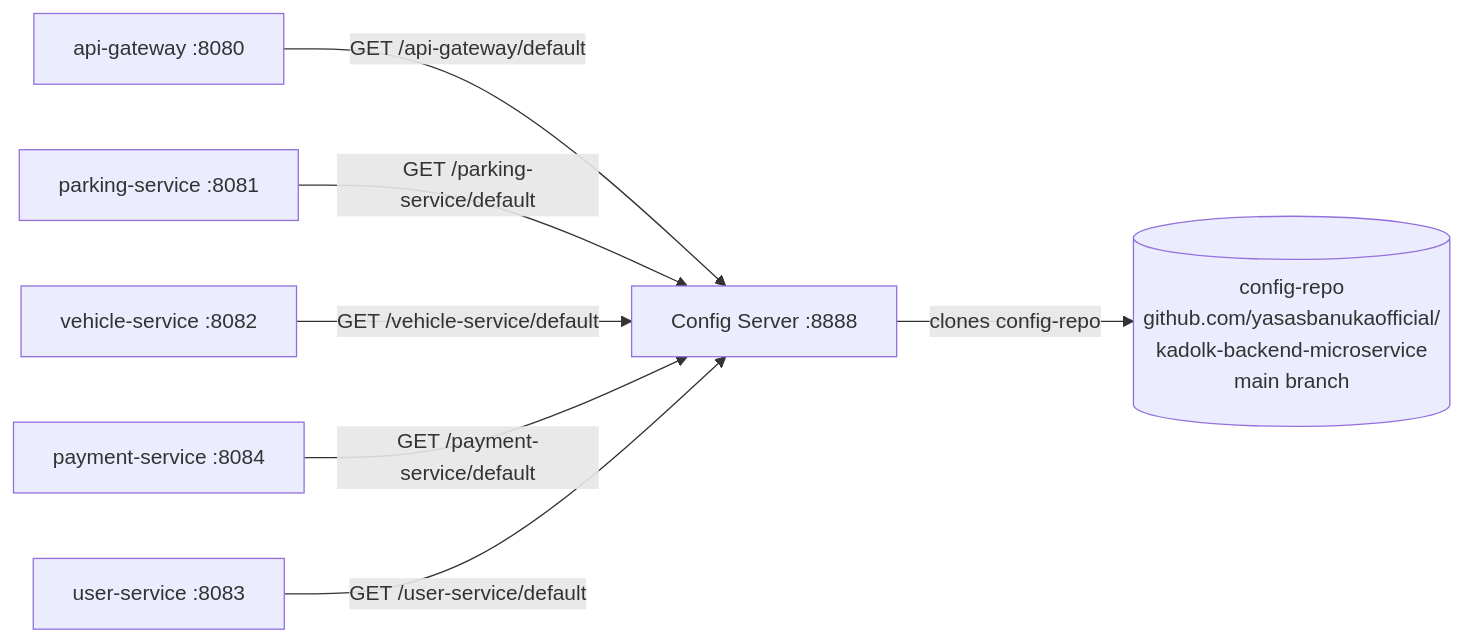
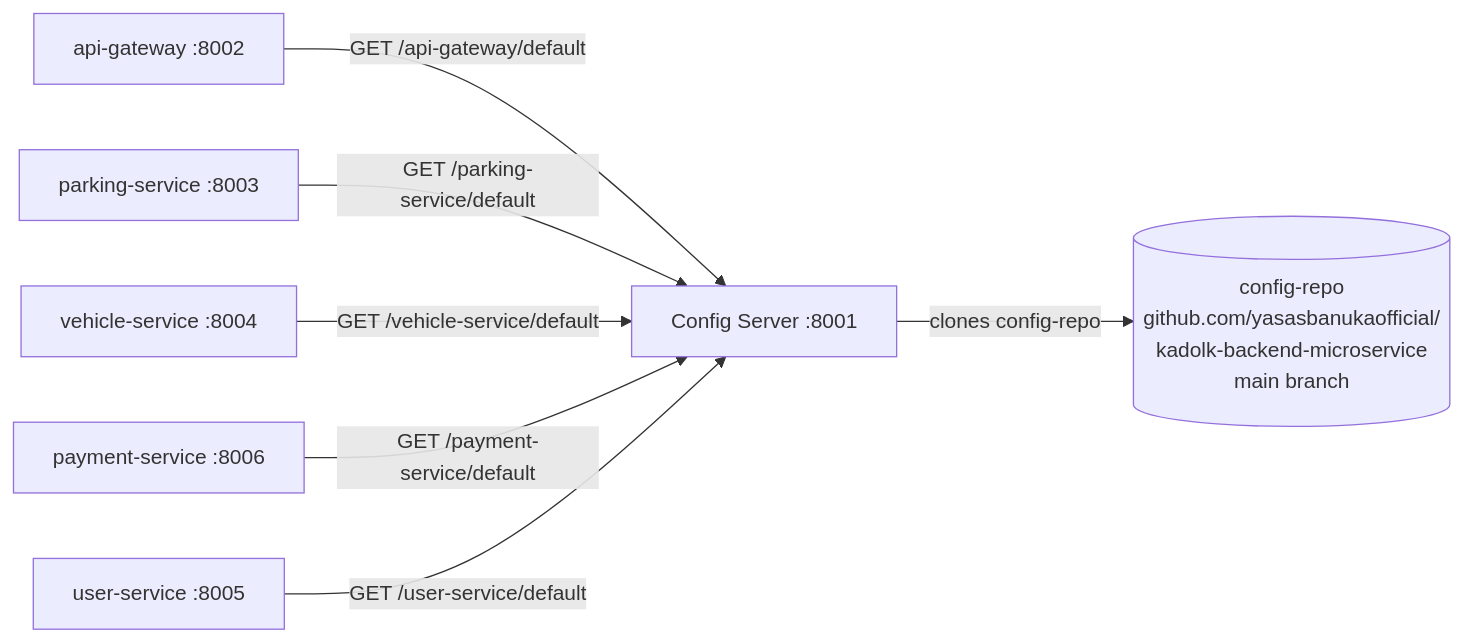
One commit to yasasbanukaofficial/kadolk-backend-microservice changed the diagram in infastructure/config-server/README.md. Above: the diagram before and after it, drawn with Mermaid. The commit also changed other lines of this file and 33 other files, not shown here.

````diff
--- a/infastructure/config-server/README.md
+++ b/infastructure/config-server/README.md
@@ -7,17 +7,17 @@
 ```mermaid
 flowchart LR
     Git[(config-repo<br/>github.com/yasasbanukaofficial/<br/>kadolk-backend-microservice<br/>main branch)]
-    Config[Config Server :8888]
-    Gateway[api-gateway :8080]
-    Parking[parking-service :8081]
-    Vehicle[vehicle-service :8082]
-    Payment[payment-service :8084]
-    User[user-service :8083]
+    Config[Config Server :8001]
+    Gateway[api-gateway :8002]
+    Parking[parking-service :8003]
+    Vehicle[vehicle-service :8004]
+    Payment[payment-service :8006]
+    User[user-service :8005]
 
     Config -->|clones config-repo| Git
     Gateway -->|GET /api-gateway/default| Config
     Parking -->|GET /parking-service/default| Config
     Vehicle -->|GET /vehicle-service/default| Config
     Payment -->|GET /payment-service/default| Config
     User -->|GET /user-service/default| Config
 ```
````
